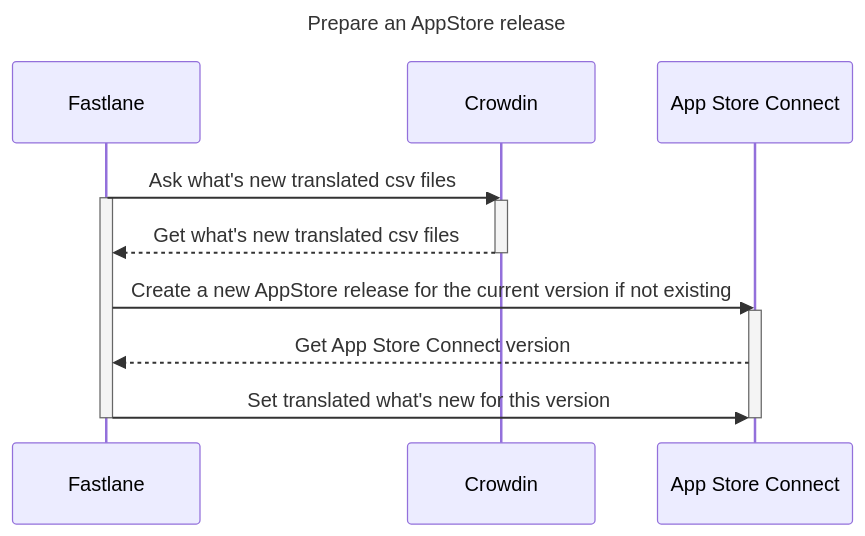
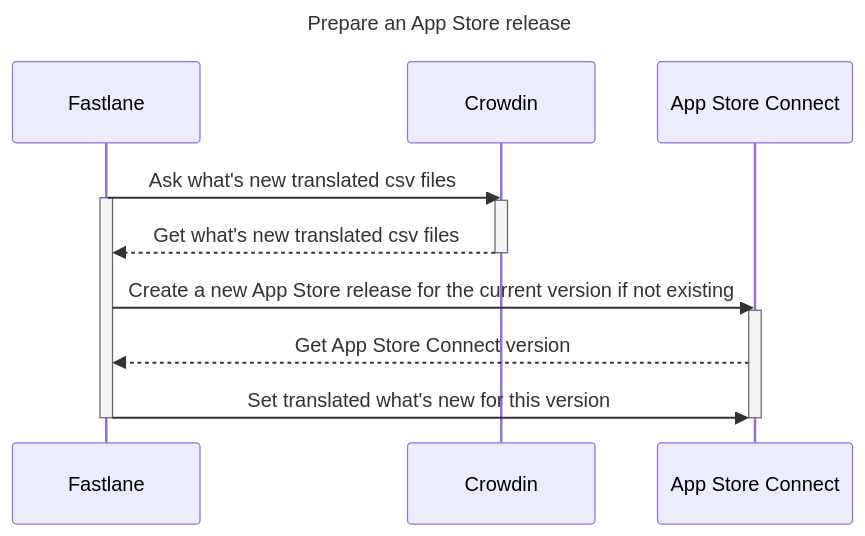
Before and after one commit to SRGSSR/playsrg-apple: the sixth of 7 diagrams in docs/WORKFLOWS.md, drawn with Mermaid. The commit also changed other lines of this file, not shown here.

Commit message:
PLAYNEXT-500 Fix documentation graph and links

````diff
--- a/docs/WORKFLOWS.md
+++ b/docs/WORKFLOWS.md
@@ -264,18 +260,18 @@
 ```mermaid
 ---
-title: Prepare an AppStore release
+title: Prepare an App Store release
 ---
 sequenceDiagram
     Fastlane->>Crowdin: Ask what's new translated csv files
     activate Fastlane
 	activate Crowdin
 	Crowdin-->>Fastlane: Get what's new translated csv files
 	deactivate Crowdin
 	participant ASC as App Store Connect
-	Fastlane->>ASC: Create a new AppStore release for the current version if not existing
+	Fastlane->>ASC: Create a new App Store release for the current version if not existing
 	activate ASC
 	ASC-->>Fastlane: Get App Store Connect version
 	Fastlane->>ASC: Set translated what's new for this version
 	deactivate ASC
 	deactivate Fastlane
 ```
````
